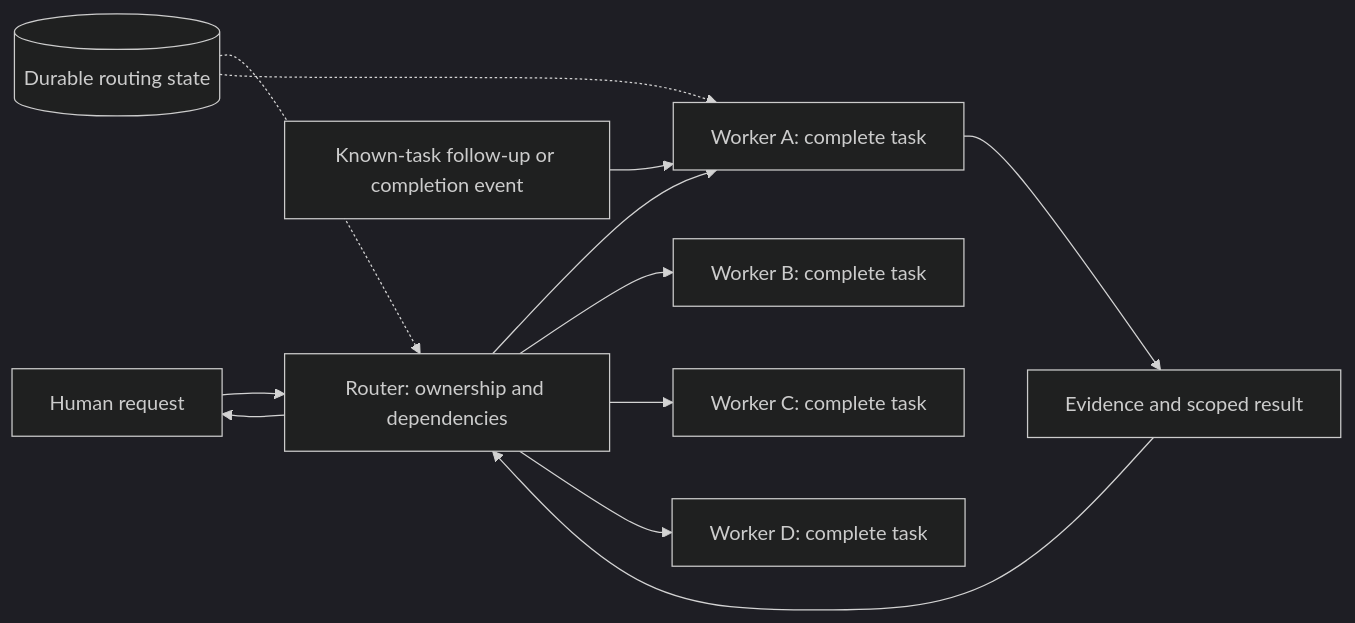
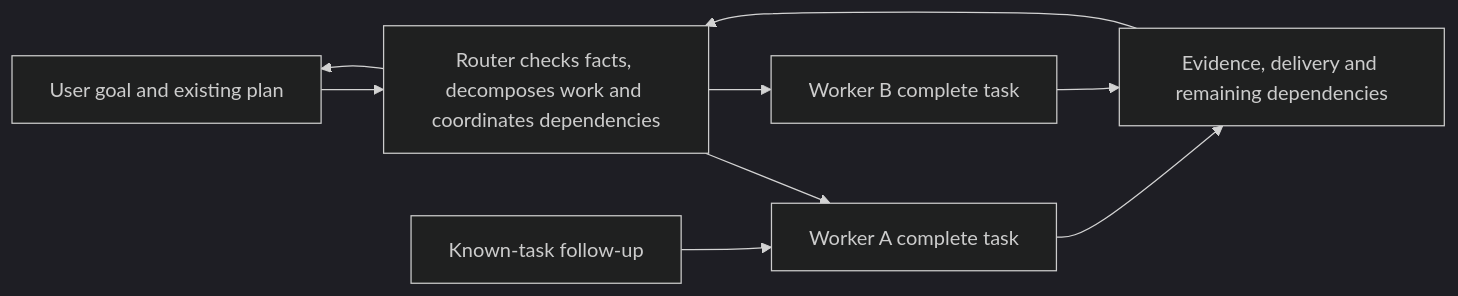
Before and after one commit to lishuoipad/codex-superagent: the diagram in README.md, drawn with Mermaid (dark theme). The commit also changed other lines of this file and 8 other files, not shown here.

```diff
--- a/README.md
+++ b/README.md
@@ -43,14 +42,11 @@
 ~~~mermaid
 flowchart LR
-    U[Human request] --> R[Router: ownership and dependencies]
-    R --> A[Worker A: complete task]
-    R --> B[Worker B: complete task]
-    R --> C[Worker C: complete task]
-    R --> D[Worker D: complete task]
-    E[Known-task follow-up or completion event] --> A
-    A --> O[Evidence and scoped result]
-    O --> R
+    U[User goal and existing plan] --> R[Router checks facts, decomposes work and coordinates dependencies]
+    R --> A[Worker A complete task]
+    R --> B[Worker B complete task]
+    E[Known-task follow-up] --> A
+    A --> D[Evidence, delivery and remaining dependencies]
+    B --> D
+    D --> R
     R --> U
-    S[(Durable routing state)] -.-> R
-    S -.-> A
 ~~~
```
